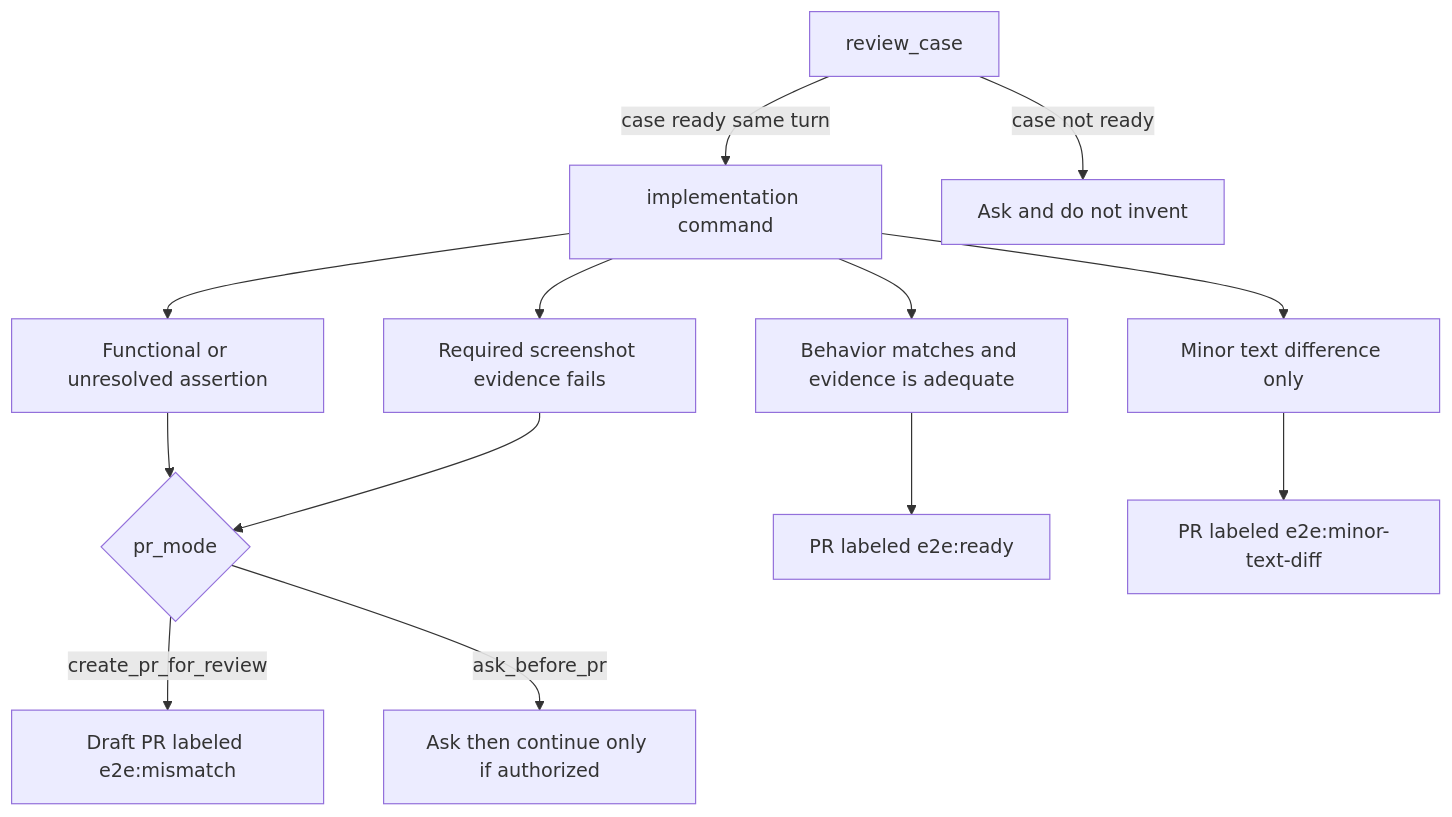
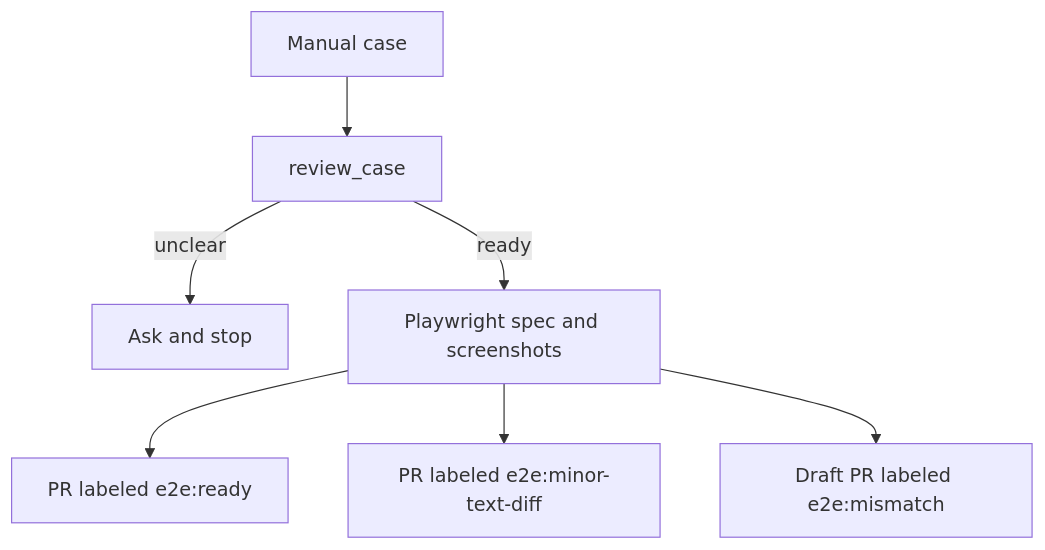
One commit to bogdanOwner/e2e-qa-pilot changed the diagram in README.md. Above: the diagram before and after it, drawn with Mermaid. The commit also changed other lines of this file and 13 other files, not shown here.

````diff
--- a/README.md
+++ b/README.md
@@ -19,26 +56,9 @@
 ```mermaid
 flowchart TD
-  reviewNode[review_case]
-  implNode[implementation command]
-  readyNode[Behavior matches and evidence is adequate]
-  minorNode[Minor text difference only]
-  assertNode[Functional or unresolved assertion]
-  shotNode[Required screenshot evidence fails]
-  modeNode{pr_mode}
-  readyPr["PR labeled e2e:ready"]
-  minorPr["PR labeled e2e:minor-text-diff"]
-  draftPr["Draft PR labeled e2e:mismatch"]
-  askNode[Ask then continue only if authorized]
-  reviewNode -->|case not ready| askClarify[Ask and do not invent]
-  reviewNode -->|case ready same turn| implNode
-  implNode --> readyNode
-  implNode --> minorNode
-  implNode --> assertNode
-  implNode --> shotNode
-  readyNode --> readyPr
-  minorNode --> minorPr
-  assertNode --> modeNode
-  shotNode --> modeNode
-  modeNode -->|create_pr_for_review| draftPr
-  modeNode -->|ask_before_pr| askNode
+  caseIn[Manual case] --> reviewCase[review_case]
+  reviewCase -->|unclear| askStop[Ask and stop]
+  reviewCase -->|ready| buildSpec[Playwright spec and screenshots]
+  buildSpec --> readyLabel["PR labeled e2e:ready"]
+  buildSpec --> minorLabel["PR labeled e2e:minor-text-diff"]
+  buildSpec --> mismatchLabel["Draft PR labeled e2e:mismatch"]
 ```
````
